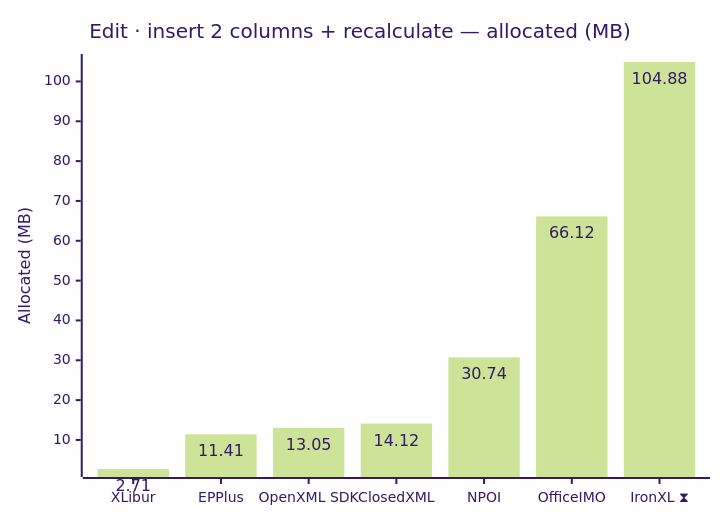
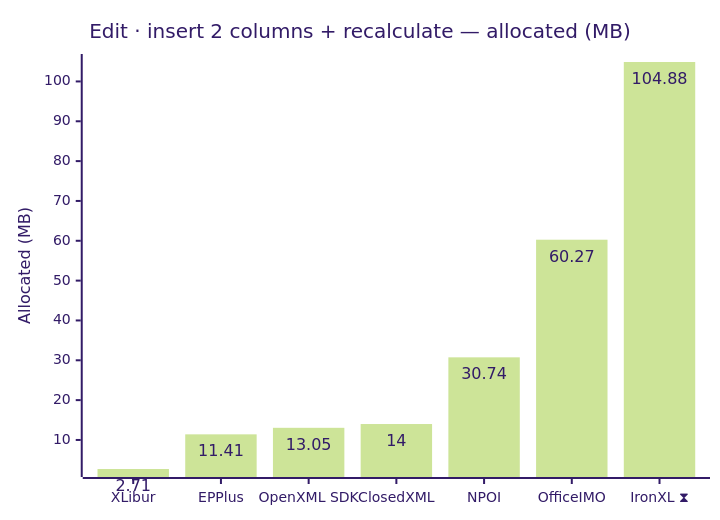
One commit to jafin/XLBench changed diagram 12 of 12 in docs/results-ci.md. Above: the diagram before and after it, drawn with Mermaid (forest theme). The commit also changed other lines of this file, not shown here.

````diff
--- a/docs/results-ci.md
+++ b/docs/results-ci.md
@@ -186,12 +186,12 @@
 ```mermaid
 ---
 config:
   xyChart:
     showDataLabel: true
 ---
 xychart-beta
     title "Edit · insert 2 columns + recalculate — allocated (MB)"
     x-axis ["XLibur", "EPPlus", "OpenXML SDK", "ClosedXML", "NPOI", "OfficeIMO", "IronXL ⧗"]
     y-axis "Allocated (MB)"
-    bar [2.71, 11.41, 13.05, 14.12, 30.74, 66.12, 104.88]
+    bar [2.71, 11.41, 13.05, 14, 30.74, 60.27, 104.88]
 ```
````
